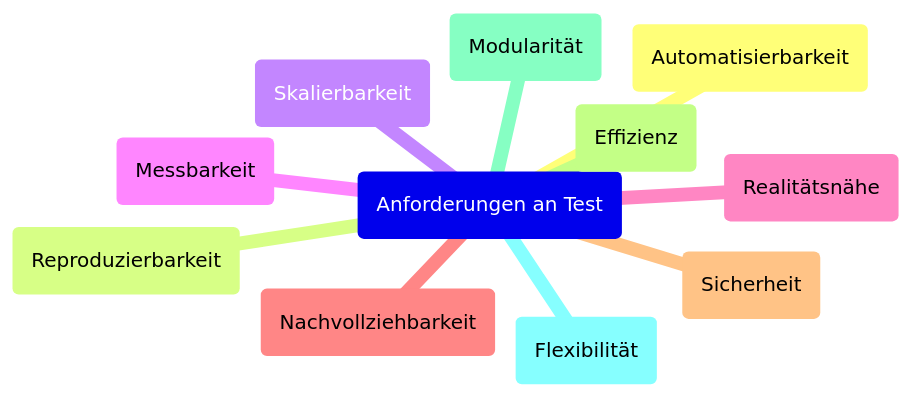
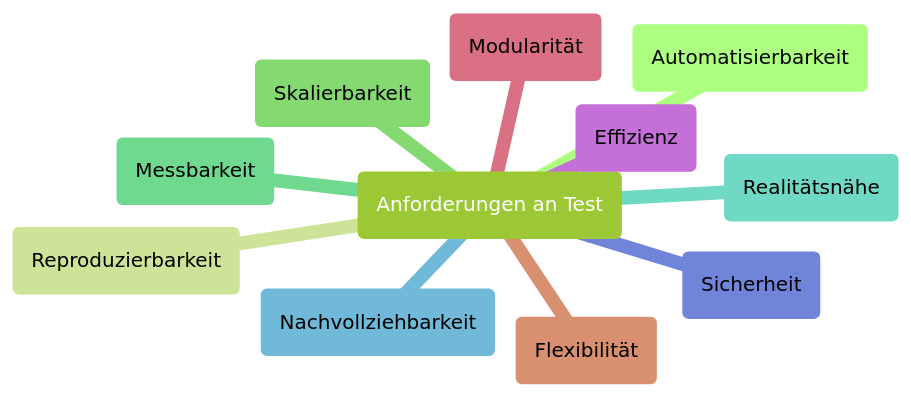
One commit to mrossde/PE1_PE2 changed the second of 3 diagrams in Testing.qmd. Above: the diagram before and after it, drawn with Mermaid. The commit also changed other lines of this file and 36 other files, not shown here.

````diff
--- a/Testing.qmd
+++ b/Testing.qmd
@@ -63,16 +107,17 @@
 ```{mermaid}
 %%| label: fig-label-mmanforderungentests
 %%| fig-cap: "Mindmap wichtiger Anforderungen an Test in der Phase Prototyping und Test"
+%%{init: {'theme': 'forest'}}%%
 mindmap
   root(Anforderungen an Test)
     (Automatisierbarkeit)
     (Reproduzierbarkeit)
     (Skalierbarkeit)
     (Messbarkeit)
     (Realitätsnähe)
     (Nachvollziehbarkeit)
     (Sicherheit)
     (Effizienz)
     (Modularität)
     (Flexibilität)
 ```
````
